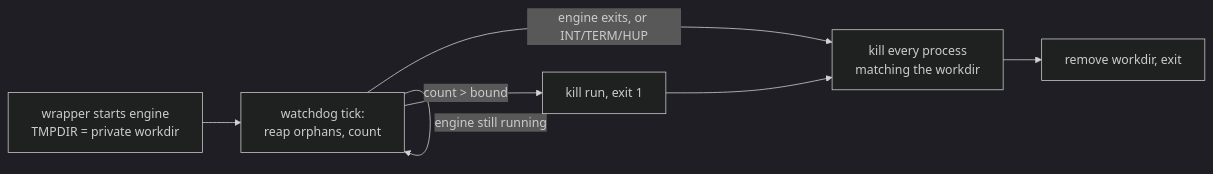
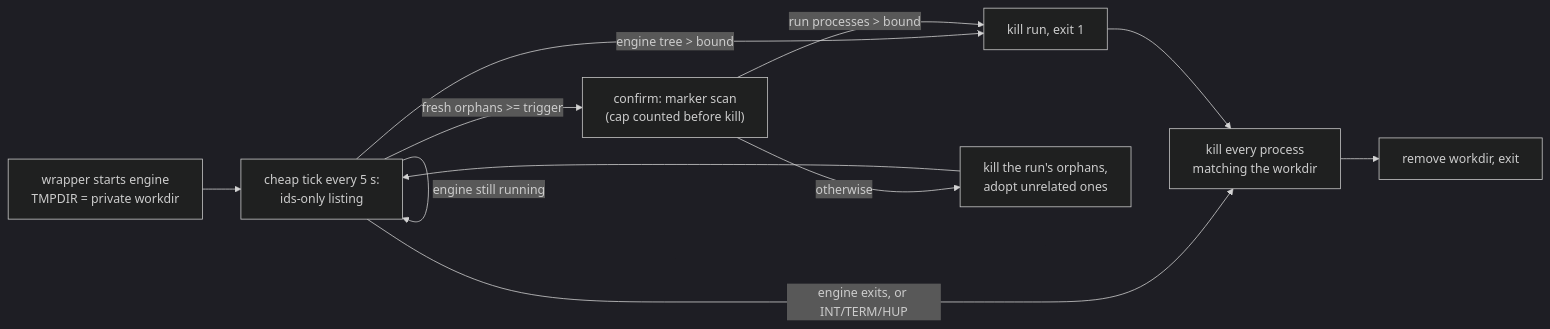
The diagram in modules/pg-go-mutate/pg-go-mutate/pg-go-mutate.md (phillipgreenii/nix-repo-base), drawn with Mermaid (dark theme) before and after one commit. The commit also changed other lines of this file and 4 other files, not shown here.

````diff
--- a/modules/pg-go-mutate/pg-go-mutate/pg-go-mutate.md
+++ b/modules/pg-go-mutate/pg-go-mutate/pg-go-mutate.md
@@ -104,9 +114,13 @@
 ```mermaid
 flowchart LR
-  A["wrapper starts engine\nTMPDIR = private workdir"] --> B["watchdog tick:\nreap orphans, count"]
-  B -->|"count > bound"| C["kill run, exit 1"]
+  A["wrapper starts engine\nTMPDIR = private workdir"] --> B["cheap tick every 5 s:\nids-only listing"]
+  B -->|"engine tree > bound"| C["kill run, exit 1"]
+  B -->|"fresh orphans >= trigger"| F["confirm: marker scan\n(cap counted before kill)"]
+  F -->|"run processes > bound"| C
+  F -->|"otherwise"| G["kill the run's orphans,\nadopt unrelated ones"]
+  G --> B
   B -->|"engine still running"| B
   B -->|"engine exits, or INT/TERM/HUP"| D["kill every process\nmatching the workdir"]
   C --> D
   D --> E["remove workdir, exit"]
 ```
````
